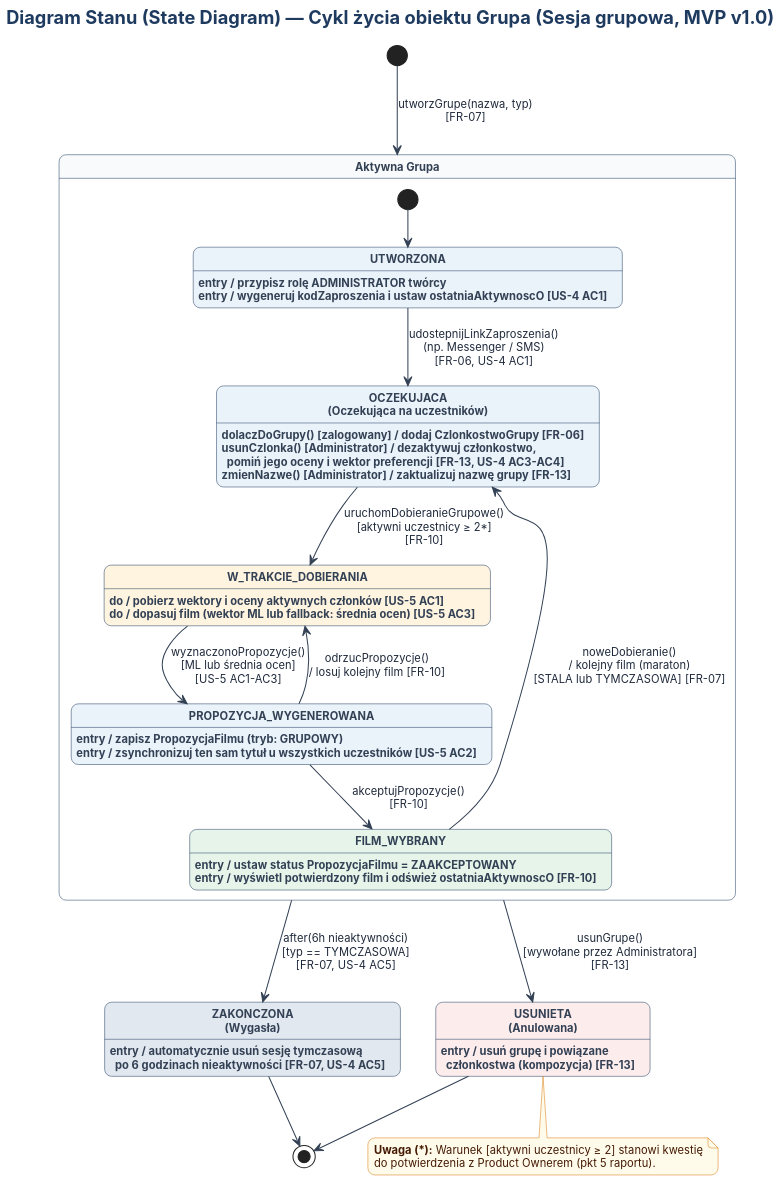
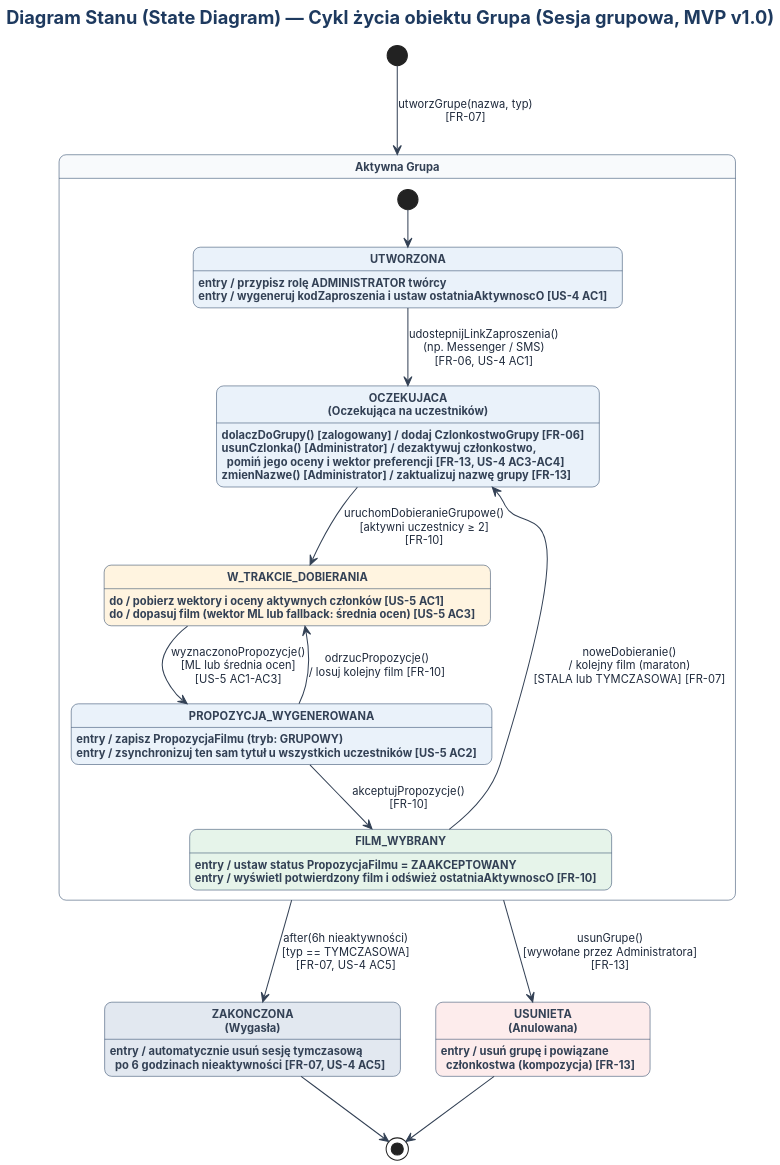
Before and after one commit to SzymonK328190/laboratorium7_uml_moviematch: the diagram in puml/04_state_diagram.puml, drawn with PlantUML. The commit also changed 13 other files, not shown here.

```diff
--- a/puml/04_state_diagram.puml
+++ b/puml/04_state_diagram.puml
@@ -1,101 +1,96 @@
 @startuml 04_state_diagram
 skinparam dpi 180
 skinparam shadowing false
 skinparam defaultFontName "Inter"
 skinparam defaultFontSize 12
 skinparam roundcorner 14
 
 skinparam titleFontSize 18
 skinparam titleFontColor #1E3A5F
 skinparam footerFontSize 10
 skinparam footerFontColor #64748B
 
 skinparam state {
   BackgroundColor #EAF2FA
   BorderColor #1E3A5F
   FontColor #0F172A
   FontStyle bold
   AttributeFontColor #334155
   AttributeFontSize 11
   StartColor #1E3A5F
   EndColor #1E3A5F
   ArrowColor #334155
   ArrowFontColor #1E293B
   ArrowFontSize 11
 }
 
 skinparam note {
   BackgroundColor #FFFBEB
   BorderColor #D97706
   FontColor #451A03
   FontSize 11
 }
 
 title Diagram Stanu (State Diagram) — Cykl życia obiektu Grupa (Sesja grupowa, MVP v1.0)
 
 [*] --> AktywnaGrupa : utworzGrupe(nazwa, typ)\n[FR-07]
 
 state "Aktywna Grupa" as AktywnaGrupa #F8FAFC {
 
   [*] --> Utworzona
 
   state "UTWORZONA" as Utworzona {
     Utworzona : entry / przypisz rolę ADMINISTRATOR twórcy
     Utworzona : entry / wygeneruj kodZaproszenia i ustaw ostatniaAktywnoscO [US-4 AC1]
   }
 
   state "OCZEKUJACA\n(Oczekująca na uczestników)" as Oczekujaca {
     Oczekujaca : dolaczDoGrupy() [zalogowany] / dodaj CzlonkostwoGrupy [FR-06]
     Oczekujaca : usunCzlonka() [Administrator] / dezaktywuj członkostwo,\n  pomiń jego oceny i wektor preferencji [FR-13, US-4 AC3–AC4]
     Oczekujaca : zmienNazwe() [Administrator] / zaktualizuj nazwę grupy [FR-13]
   }
 
   state "W_TRAKCIE_DOBIERANIA" as Dobieranie #FFF4E0 {
     Dobieranie : do / pobierz wektory i oceny aktywnych członków [US-5 AC1]
     Dobieranie : do / dopasuj film (wektor ML lub fallback: średnia ocen) [US-5 AC3]
   }
 
   state "PROPOZYCJA_WYGENEROWANA" as Propozycja #EAF2FA {
     Propozycja : entry / zapisz PropozycjaFilmu (tryb: GRUPOWY)
     Propozycja : entry / zsynchronizuj ten sam tytuł u wszystkich uczestników [US-5 AC2]
   }
 
   state "FILM_WYBRANY" as Wybrany #E6F4EA {
     Wybrany : entry / ustaw status PropozycjaFilmu = ZAAKCEPTOWANY
     Wybrany : entry / wyświetl potwierdzony film i odśwież ostatniaAktywnoscO [FR-10]
   }
 
   Utworzona --> Oczekujaca : udostepnijLinkZaproszenia()\n(np. Messenger / SMS)\n[FR-06, US-4 AC1]
 
-  Oczekujaca --> Dobieranie : uruchomDobieranieGrupowe()\n[aktywni uczestnicy ≥ 2*]\n[FR-10]
+  Oczekujaca --> Dobieranie : uruchomDobieranieGrupowe()\n[aktywni uczestnicy ≥ 2]\n[FR-10]
 
   Dobieranie --> Propozycja : wyznaczonoPropozycje()\n[ML lub średnia ocen]\n[US-5 AC1–AC3]
 
   Propozycja --> Dobieranie : odrzucPropozycje()\n/ losuj kolejny film [FR-10]
 
   Propozycja --> Wybrany : akceptujPropozycje()\n[FR-10]
 
   Wybrany --> Oczekujaca : noweDobieranie()\n/ kolejny film (maraton)\n[STALA lub TYMCZASOWA] [FR-07]
 }
 
 state "ZAKONCZONA\n(Wygasła)" as Zakonczona #E2E8F0 {
   Zakonczona : entry / automatycznie usuń sesję tymczasową\n  po 6 godzinach nieaktywności [FR-07, US-4 AC5]
 }
 
 state "USUNIETA\n(Anulowana)" as Usunieta #FDECEC {
   Usunieta : entry / usuń grupę i powiązane\n  członkostwa (kompozycja) [FR-13]
 }
 
 AktywnaGrupa --> Zakonczona : after(6h nieaktywności)\n[typ == TYMCZASOWA]\n[FR-07, US-4 AC5]
 
 AktywnaGrupa --> Usunieta : usunGrupe()\n[wywołane przez Administratora]\n[FR-13]
 
 Zakonczona --> [*]
 Usunieta --> [*]
 
-note bottom of Usunieta
-  <b>Uwaga (*):</b> Warunek [aktywni uczestnicy ≥ 2] stanowi kwestię
-  do potwierdzenia z Product Ownerem (pkt 5 raportu).
-end note
-
 @enduml
```
